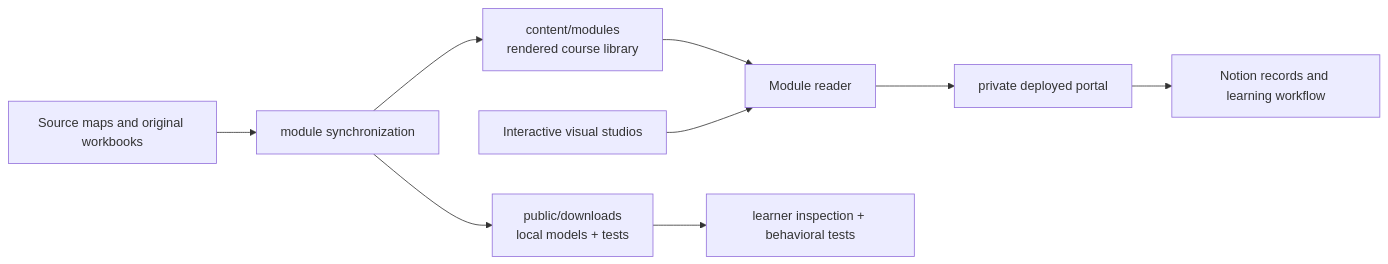
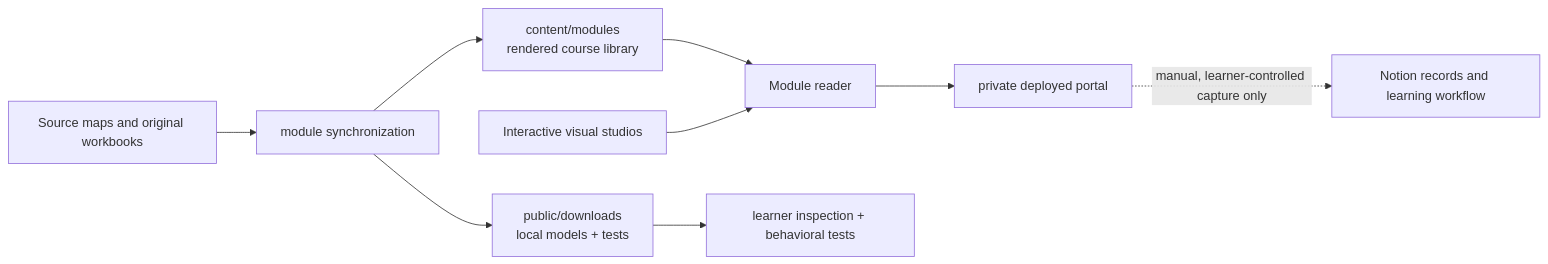
Before and after one commit to michaeliu3/atlas-academy-python-cs: the diagram in docs/ARCHITECTURE.md, drawn with Mermaid. The commit also changed other lines of this file and 5 other files, not shown here.

```diff
--- a/docs/ARCHITECTURE.md
+++ b/docs/ARCHITECTURE.md
@@ -9,11 +9,11 @@
 ~~~mermaid
 flowchart LR
     S["Source maps and original workbooks"] --> M["module synchronization"]
     M --> L["content/modules<br>rendered course library"]
     M --> D["public/downloads<br>local models + tests"]
     L --> R["Module reader"]
     I["Interactive visual studios"] --> R
     D --> V["learner inspection + behavioral tests"]
     R --> P["private deployed portal"]
-    P --> N["Notion records and learning workflow"]
+    P -. "manual, learner-controlled capture only" .-> N["Notion records and learning workflow"]
 ~~~
```
